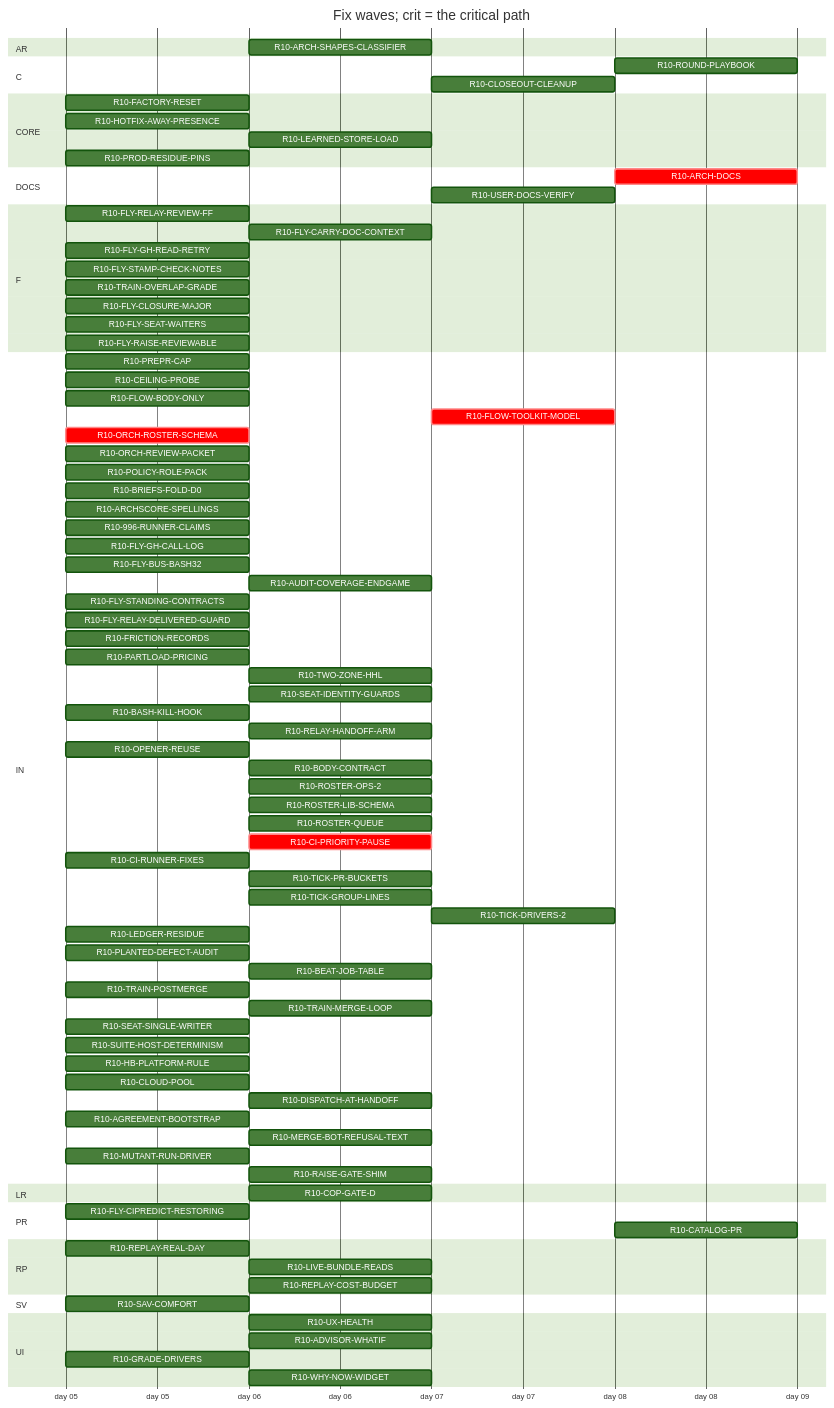
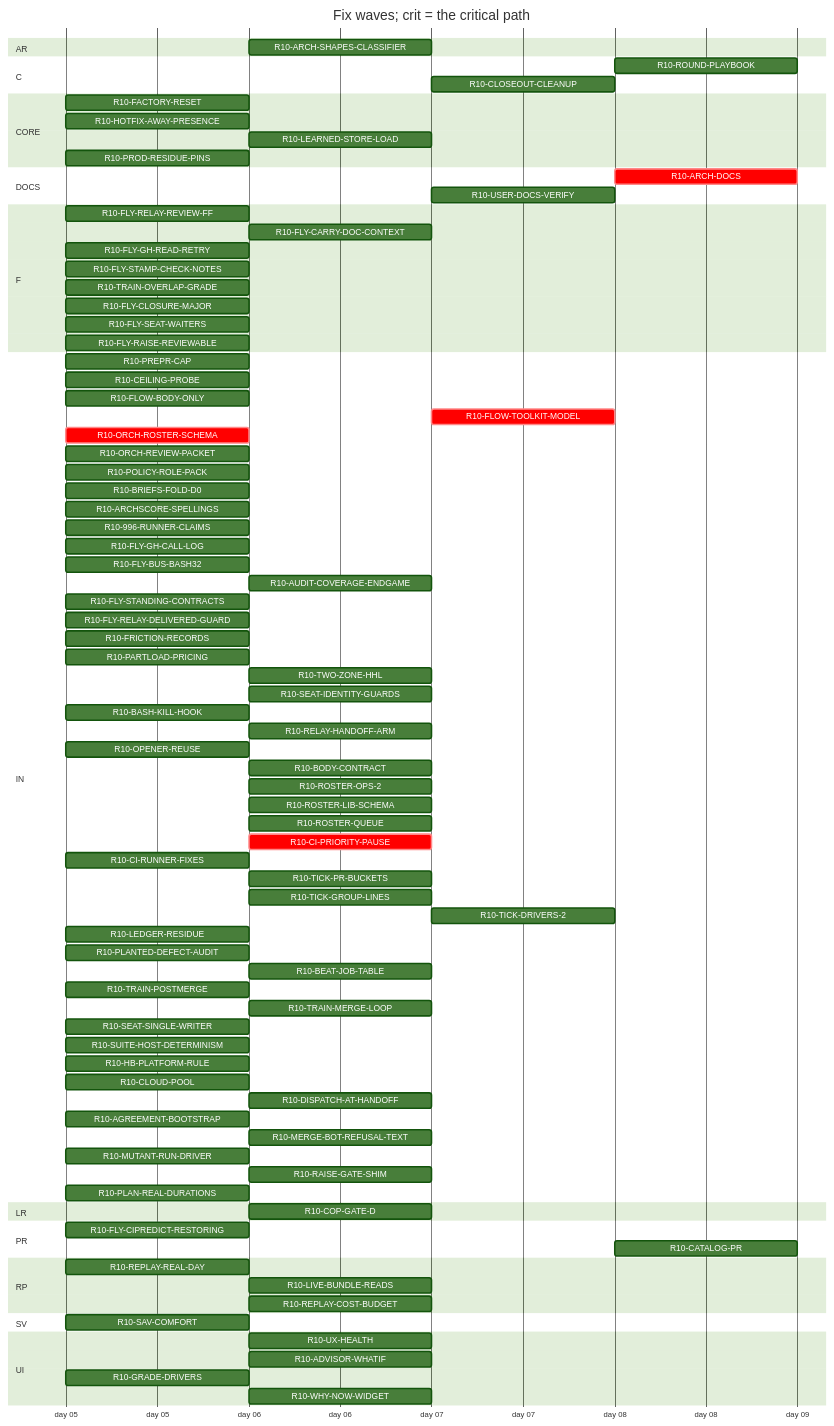
Before and after one commit to tvofi/heatpump_optimizer: the diagram in handoff/round10/state/PLAN-TABLE.md, drawn with Mermaid (forest theme). The commit also changed other lines of this file and 4 other files, not shown here.

Commit message:
state: FLOW-BOARD.md, NEXT-SESSION-PROMPT.md, PLAN-TABLE.md, PLAN.html, RESUME-CURRENT.md regenerated (state_docs.py)

```diff
--- a/handoff/round10/state/PLAN-TABLE.md
+++ b/handoff/round10/state/PLAN-TABLE.md
@@ -94,6 +94,7 @@
     R10-MERGE-BOT-REFUSAL-TEXT :r10MERGEBOTREFUSALTEXT, after r10996RUNNERCLAIMS, 1d
     R10-MUTANT-RUN-DRIVER :r10MUTANTRUNDRIVER, 2026-01-05, 1d
     R10-RAISE-GATE-SHIM :r10RAISEGATESHIM, after r10FLYGHCALLLOG, 1d
+    R10-PLAN-REAL-DURATIONS :r10PLANREALDURATIONS, 2026-01-05, 1d
   section LR
     R10-COP-GATE-D :r10COPGATED, after r10CEILINGPROBE, 1d
   section PR
```
